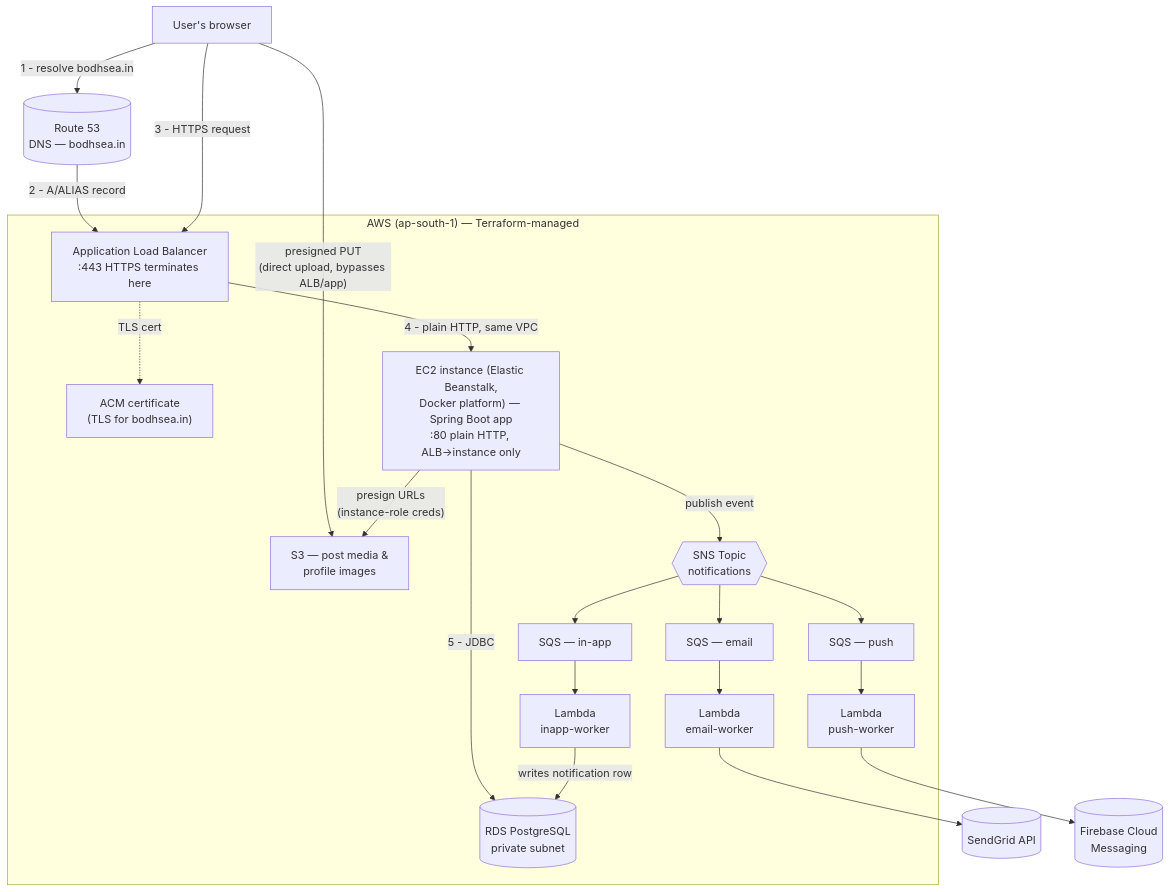
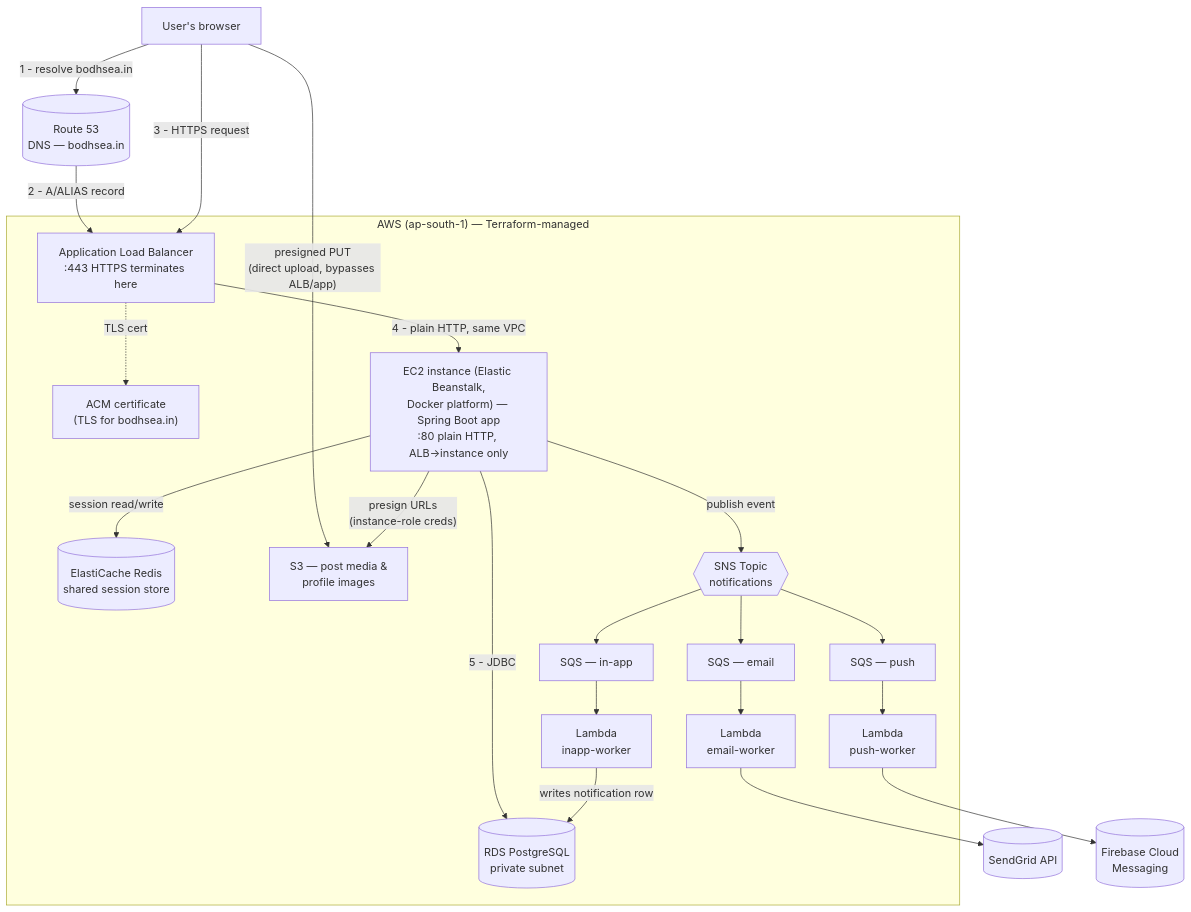
Before and after one commit to gauravmishra-1404/BlogApplication: the diagram in README.md, drawn with Mermaid. The commit also changed other lines of this file, not shown here.

First line of the commit message:
README: document the Redis shared session store

````diff
--- a/README.md
+++ b/README.md
@@ -32,37 +32,39 @@
 ```mermaid
 flowchart TB
     User["User's browser"]
     DNS[("Route 53<br/>DNS — bodhsea.in")]
 
     subgraph AWS["AWS (ap-south-1) — Terraform-managed"]
         ACM["ACM certificate<br/>(TLS for bodhsea.in)"]
         ALB["Application Load Balancer<br/>:443 HTTPS terminates here"]
         EB["EC2 instance (Elastic Beanstalk,<br/>Docker platform) — Spring Boot app<br/>:80 plain HTTP, ALB→instance only"]
         RDS[("RDS PostgreSQL<br/>private subnet")]
+        Redis[("ElastiCache Redis<br/>shared session store")]
         S3B["S3 — post media &<br/>profile images"]
         SNS{{"SNS Topic<br/>notifications"}}
         SQSe["SQS — email"]
         SQSp["SQS — push"]
         SQSi["SQS — in-app"]
         LmE["Lambda<br/>email-worker"]
         LmP["Lambda<br/>push-worker"]
         LmI["Lambda<br/>inapp-worker"]
     end
 
     SendGrid[("SendGrid API")]
     FCM[("Firebase Cloud<br/>Messaging")]
 
     User -- "1 - resolve bodhsea.in" --> DNS
     DNS -- "2 - A/ALIAS record" --> ALB
     User -- "3 - HTTPS request" --> ALB
     ALB -. "TLS cert" .-> ACM
     ALB -- "4 - plain HTTP, same VPC" --> EB
     EB -- "5 - JDBC" --> RDS
+    EB -- "session read/write" --> Redis
     User -- "presigned PUT<br/>(direct upload, bypasses ALB/app)" --> S3B
     EB -- "presign URLs<br/>(instance-role creds)" --> S3B
     EB -- "publish event" --> SNS
     SNS --> SQSe --> LmE --> SendGrid
     SNS --> SQSp --> LmP --> FCM
     SNS --> SQSi --> LmI
     LmI -- "writes notification row" --> RDS
 ```
````
